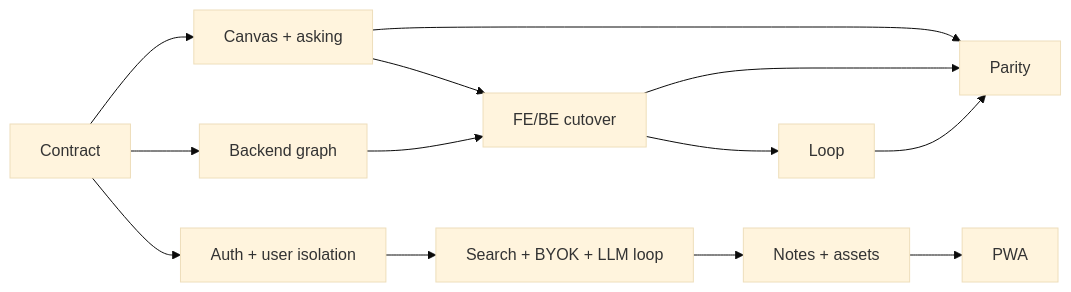
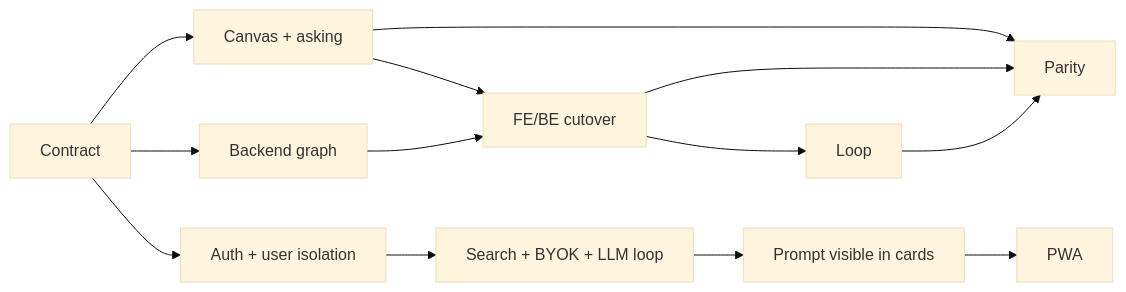
One commit to zacharyLYH/DeepBurrow changed the second of 2 diagrams in docs/PLAN.md. Above: the diagram before and after it, drawn with Mermaid (base theme). The commit also changed other lines of this file and 72 other files, not shown here.

````diff
--- a/docs/PLAN.md
+++ b/docs/PLAN.md
@@ -57,15 +57,15 @@
 ```mermaid
 flowchart LR
   C[Contract] --> FE[Canvas + asking]
   C --> BE[Backend graph]
   FE --> Cut[FE/BE cutover]
   BE --> Cut
   Cut --> Loop[Loop]
   FE --> Parity[Parity]
   Cut --> Parity
   Loop --> Parity
   C --> Auth[Auth + user isolation]
   Auth --> Search[Search + BYOK + LLM loop]
-  Search --> Author[Notes + assets]
-  Author --> PWA[PWA]
+  Search --> Prompt[Prompt visible in cards]
+  Prompt --> PWA[PWA]
 ```
````
